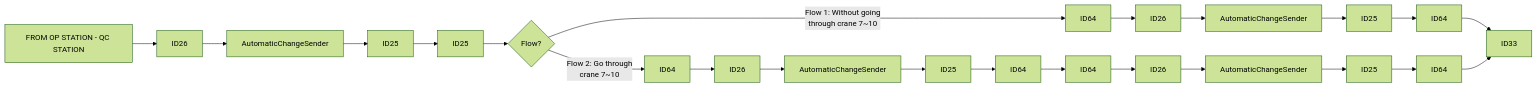
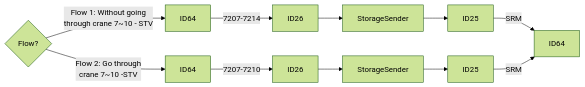
Before and after one commit to luthfiadityaa/SimeDarby-Wiki: the second of 24 diagrams in Basic-Design/DFD-WMS/Storage/Unplanned-Storage/Unplanned-Storage-from-OP-Area.md, drawn with Mermaid (forest theme). The commit also changed other lines of this file, not shown here.

Commit message:
Updated Unplanned Storage from OP Area

```diff
--- a/Basic-Design/DFD-WMS/Storage/Unplanned-Storage/Unplanned-Storage-from-OP-Area.md
+++ b/Basic-Design/DFD-WMS/Storage/Unplanned-Storage/Unplanned-Storage-from-OP-Area.md
@@ -9,15 +17,11 @@
 ::: mermaid
 flowchart LR
   
-P1[FROM OP STATION - QC STATION]-->P2[ID26]-->P3[AutomaticChangeSender]-->P4[ID25]-->P7[ID25]
-P7[ID25]-->Cond1{Flow?} 
+Cond1{Flow?} 
 Cond1 --> |Flow 1: Without going 
-through crane 7~10| P8[ID64]
+through crane 7~10 - STV| P8[ID64]
 Cond1 --> |Flow 2: Go through 
-crane 7~10| P9[ID64]
-P8[ID64]-->P10[ID26]-->P11[AutomaticChangeSender]-->P12[ID25]-->P13[ID64]
-P9[ID64]-->P15[ID26]-->P16[AutomaticChangeSender]-->P17[ID25]-->P18[ID64]-->P19[ID64]-->P20[ID26]-->P21[AutomaticChangeSender]-->P22[ID25]-->P23[ID64]
-
-P13[ID64]-->P14[ID33]
-P23[ID64]-->P14[ID33]
+crane 7~10 -STV| P9[ID64]
+P8[ID64]--> |7207-7214| P10[ID26]-->P11[StorageSender]-->P12[ID25]--> |SRM| P18[ID64]
+P9[ID64]--> |7207-7210| P15[ID26]-->P16[StorageSender]-->P17[ID25]--> |SRM| P18[ID64]
 :::
```
